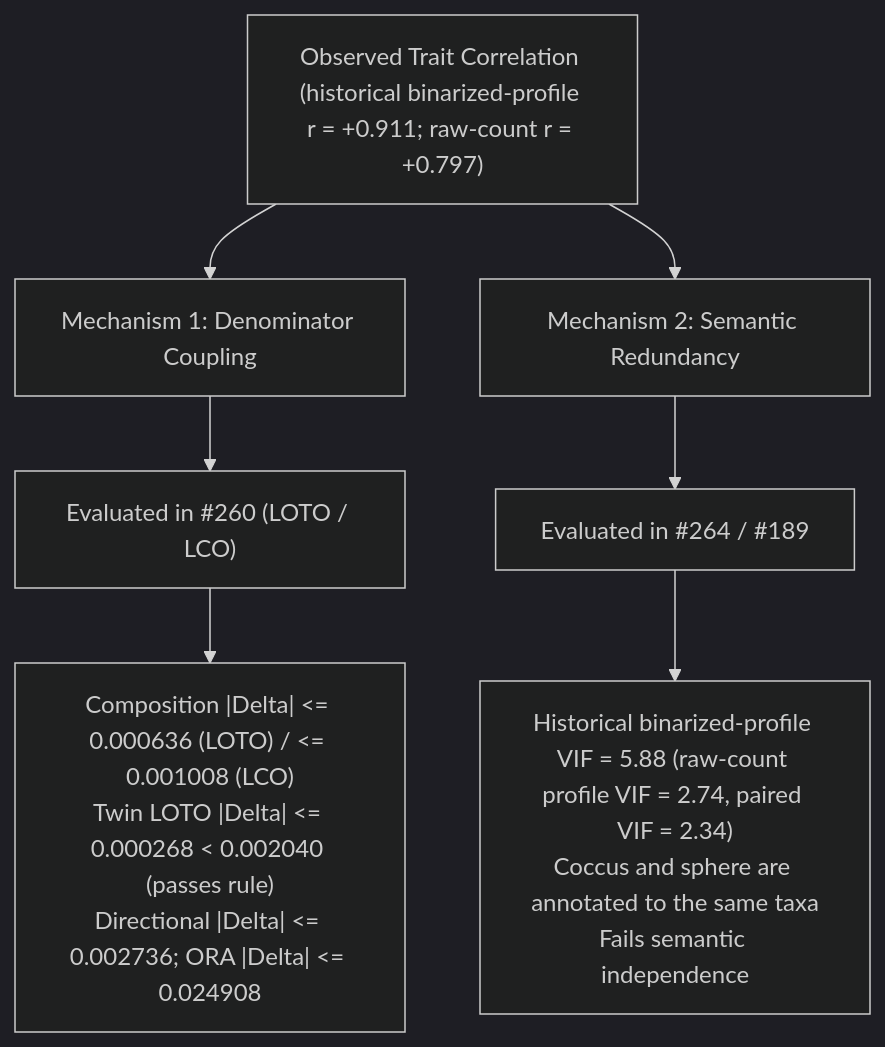
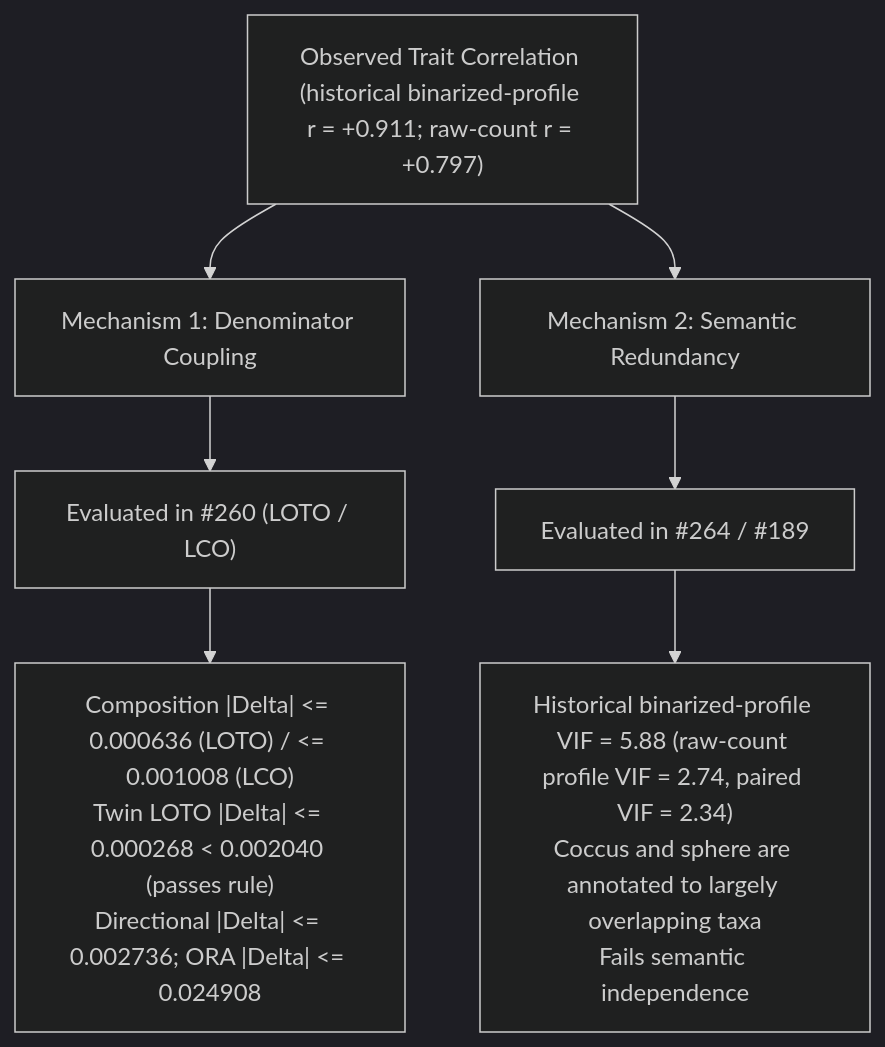
One commit to CultureBotAI/microbial-trait-profiling changed the diagram in methods/trait_coupling_sensitivity.md. Above: the diagram before and after it, drawn with Mermaid (dark theme). The commit also changed other lines of this file and 6 other files, not shown here.

First line of the commit message:
Separate orphaned from clustered features in item 5; say "largely overlapping"

````diff
--- a/methods/trait_coupling_sensitivity.md
+++ b/methods/trait_coupling_sensitivity.md
@@ -178,9 +178,9 @@
 ```mermaid
 flowchart TD
     A["Observed Trait Correlation (historical binarized-profile r = +0.911; raw-count r = +0.797)"] --> B["Mechanism 1: Denominator Coupling"]
     A --> C["Mechanism 2: Semantic Redundancy"]
     B --> D["Evaluated in #260 (LOTO / LCO)"]
     C --> E["Evaluated in #264 / #189"]
     D --> F["Composition |Delta| <= 0.000636 (LOTO) / <= 0.001008 (LCO)<br/>Twin LOTO |Delta| <= 0.000268 < 0.002040 (passes rule)<br/>Directional |Delta| <= 0.002736; ORA |Delta| <= 0.024908"]
-    E --> G["Historical binarized-profile VIF = 5.88 (raw-count profile VIF = 2.74, paired VIF = 2.34)<br/>Coccus and sphere are annotated to the same taxa<br/>Fails semantic independence"]
+    E --> G["Historical binarized-profile VIF = 5.88 (raw-count profile VIF = 2.74, paired VIF = 2.34)<br/>Coccus and sphere are annotated to largely overlapping taxa<br/>Fails semantic independence"]
 ```
````
